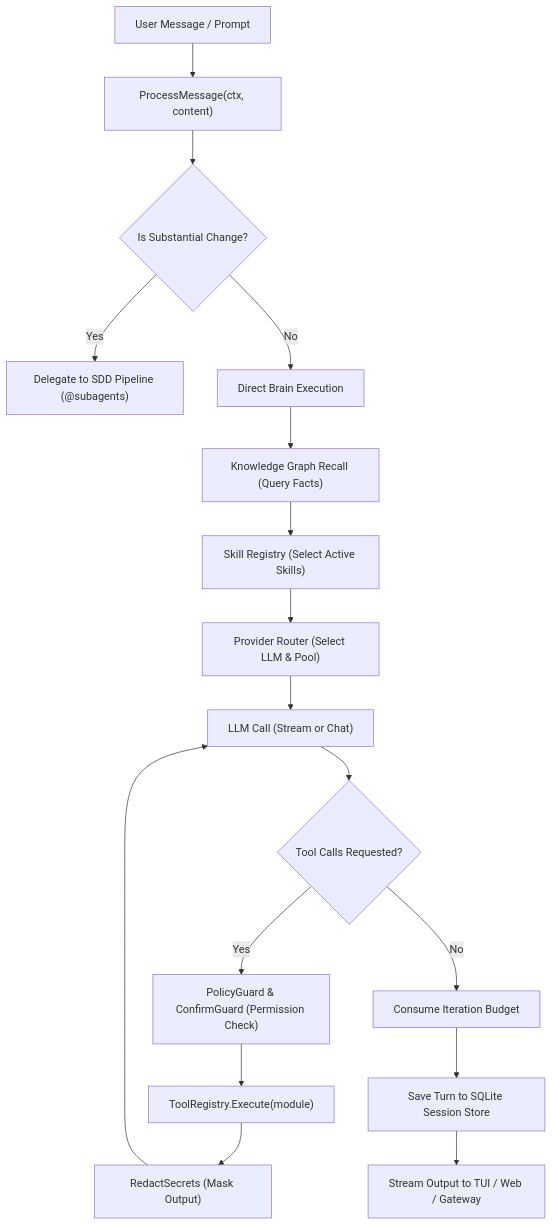
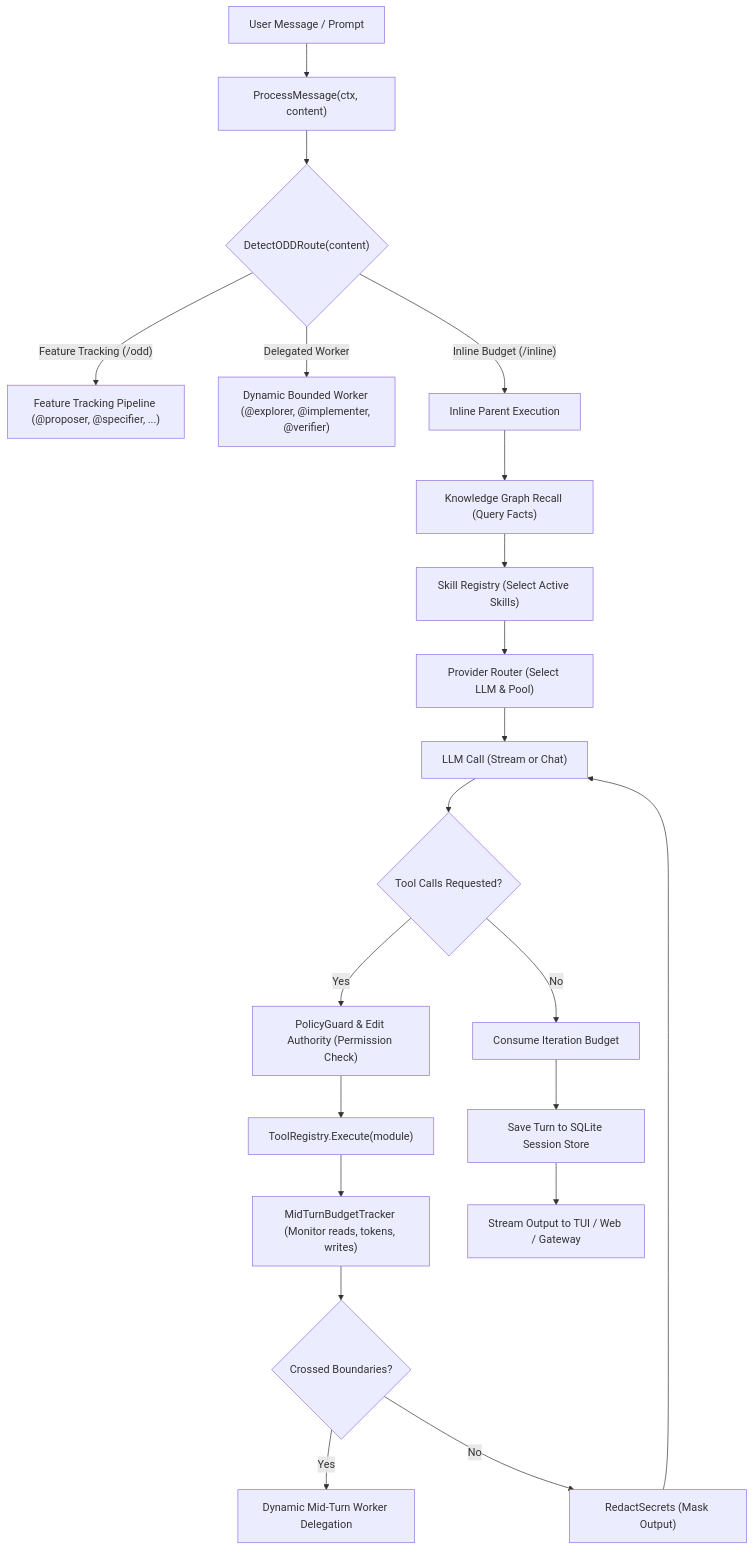
One commit to SalvucciFacundo/gaia changed the first of 5 diagrams in docs/architecture.md. Above: the diagram before and after it, drawn with Mermaid. The commit also changed 13 other files, not shown here.

Commit message:
fix(remediation): harden blocking envelopes, runtime ODD delegation, edit authority, and memory isolation

````diff
--- a/docs/architecture.md
+++ b/docs/architecture.md
@@ -43,23 +43,27 @@
 ```mermaid
 flowchart TD
     IN["User Message / Prompt"] --> PROC["ProcessMessage(ctx, content)"]
     
-    PROC --> SDD{"Is Substantial Change?"}
-    SDD -- "Yes" --> SDD_RUN["Delegate to SDD Pipeline (@subagents)"]
-    SDD -- "No" --> DIRECT["Direct Brain Execution"]
+    PROC --> ODD{"DetectODDRoute(content)"}
+    ODD -- "Feature Tracking (/odd)" --> FEAT["Feature Tracking Pipeline (@proposer, @specifier, ...)"]
+    ODD -- "Delegated Worker" --> WORKER["Dynamic Bounded Worker (@explorer, @implementer, @verifier)"]
+    ODD -- "Inline Budget (/inline)" --> INLINE["Inline Parent Execution"]
     
-    DIRECT --> KG["Knowledge Graph Recall (Query Facts)"]
+    INLINE --> KG["Knowledge Graph Recall (Query Facts)"]
     KG --> SKILL["Skill Registry (Select Active Skills)"]
     SKILL --> ROUTE["Provider Router (Select LLM & Pool)"]
     ROUTE --> LLM["LLM Call (Stream or Chat)"]
     
     LLM --> TOOLS{"Tool Calls Requested?"}
-    TOOLS -- "Yes" --> GUARD["PolicyGuard & ConfirmGuard (Permission Check)"]
+    TOOLS -- "Yes" --> GUARD["PolicyGuard & Edit Authority (Permission Check)"]
     GUARD --> EXEC["ToolRegistry.Execute(module)"]
-    EXEC --> REDACT["RedactSecrets (Mask Output)"]
+    EXEC --> TRACK["MidTurnBudgetTracker (Monitor reads, tokens, writes)"]
+    TRACK --> MIDDELEG{"Crossed Boundaries?"}
+    MIDDELEG -- "Yes" --> DYNMID["Dynamic Mid-Turn Worker Delegation"]
+    MIDDELEG -- "No" --> REDACT["RedactSecrets (Mask Output)"]
     REDACT --> LLM
     
     TOOLS -- "No" --> BUD["Consume Iteration Budget"]
     BUD --> SAVE["Save Turn to SQLite Session Store"]
     SAVE --> OUT["Stream Output to TUI / Web / Gateway"]
 ```
````
